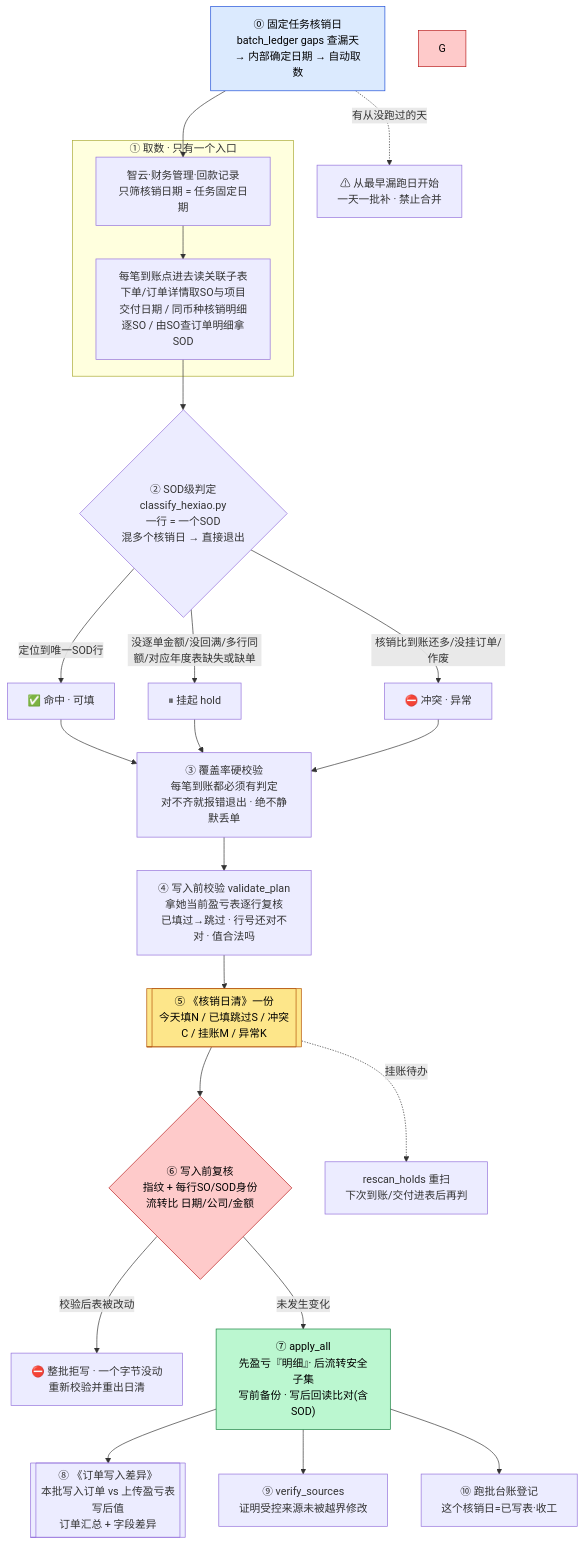
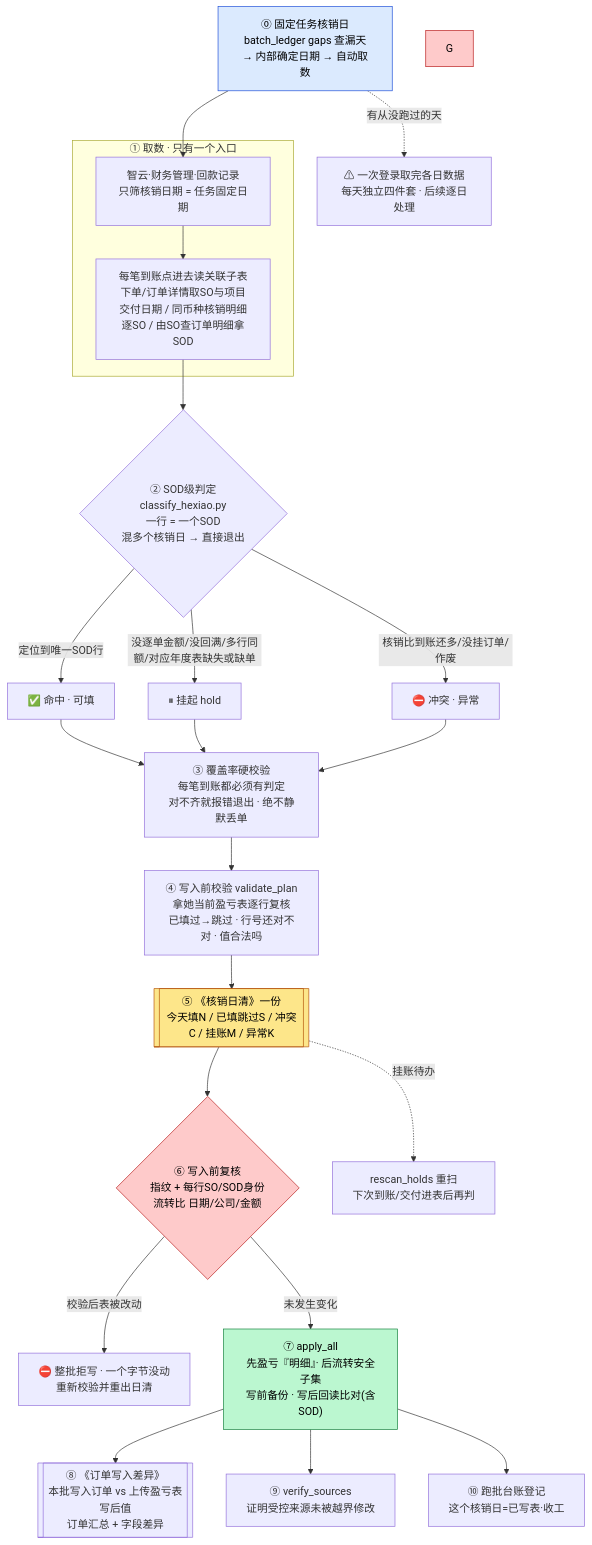
The first of 2 diagrams in sources/finance-skills/skills/ar-hexiao-daily/README.md (ErenYeager2002/financial_pj), drawn with Mermaid before and after one commit. The commit also changed other lines of this file and 6 other files, not shown here.

````diff
--- a/sources/finance-skills/skills/ar-hexiao-daily/README.md
+++ b/sources/finance-skills/skills/ar-hexiao-daily/README.md
@@ -54,30 +54,30 @@
 ```mermaid
 flowchart TD
     D0["⓪ 固定任务核销日<br/>batch_ledger gaps 查漏天<br/>→ 内部确定日期 → 自动取数"] --> A
-    D0 -.->|"有从没跑过的天"| GAP["⚠ 从最早漏跑日开始<br/>一天一批补 · 禁止合并"]
+    D0 -.->|"有从没跑过的天"| GAP["⚠ 一次登录取完各日数据<br/>每天独立四件套 · 后续逐日处理"]
     subgraph 取数["① 取数 · 只有一个入口"]
         A["智云·财务管理·回款记录<br/>只筛核销日期 = 任务固定日期"] --> B["每笔到账点进去读关联子表<br/>下单/订单详情取SO与项目交付日期 / 同币种核销明细逐SO / 由SO查订单明细拿SOD"]
     end
     B --> C{"② SOD级判定<br/>classify_hexiao.py<br/>一行 = 一个SOD<br/>混多个核销日 → 直接退出"}
     C -->|"定位到唯一SOD行"| HIT["✅ 命中 · 可填"]
     C -->|"没逐单金额/没回满/多行同额/对应年度表缺失或缺单"| HOLD["⏸ 挂起 hold"]
     C -->|"核销比到账还多/没挂订单/作废"| EXC["⛔ 冲突 · 异常"]
     HIT --> COV
     HOLD --> COV
     EXC --> COV
     COV["③ 覆盖率硬校验<br/>每笔到账都必须有判定<br/>对不齐就报错退出 · 绝不静默丢单"] --> V["④ 写入前校验 validate_plan<br/>拿她当前盈亏表逐行复核<br/>已填过→跳过 · 行号还对不对 · 值合法吗"]
     V --> W[["⑤ 《核销日清》一份<br/>今天填N / 已填跳过S / 冲突C / 挂账M / 异常K"]]
     W --> PRE{"⑥ 写入前复核<br/>指纹 + 每行SO/SOD身份<br/>流转比 日期/公司/金额"}
     PRE -->|"校验后表被改动"| REDO["⛔ 整批拒写 · 一个字节没动<br/>重新校验并重出日清"]
     PRE -->|"未发生变化"| AP["⑦ apply_all<br/>先盈亏『明细』· 后流转安全子集<br/>写前备份 · 写后回读比对(含SOD)"]
     AP --> DIFF[["⑧ 《订单写入差异》<br/>本批写入订单 vs 上传盈亏表写后值<br/>订单汇总 + 字段差异"]]
     AP --> VS["⑨ verify_sources<br/>证明受控来源未被越界修改"]
     AP --> BL["⑩ 跑批台账登记<br/>这个核销日=已写表·收工"]
     W -.->|"挂账待办"| R["rescan_holds 重扫<br/>下次到账/交付进表后再判"]
 
     style D0 fill:#dbeafe,stroke:#1d4ed8,color:#000
     style W fill:#fde68a,stroke:#b45309,color:#000
     style G fill:#fecaca,stroke:#b91c1c,color:#000
     style PRE fill:#fecaca,stroke:#b91c1c,color:#000
     style AP fill:#bbf7d0,stroke:#15803d,color:#000
 ```
````
